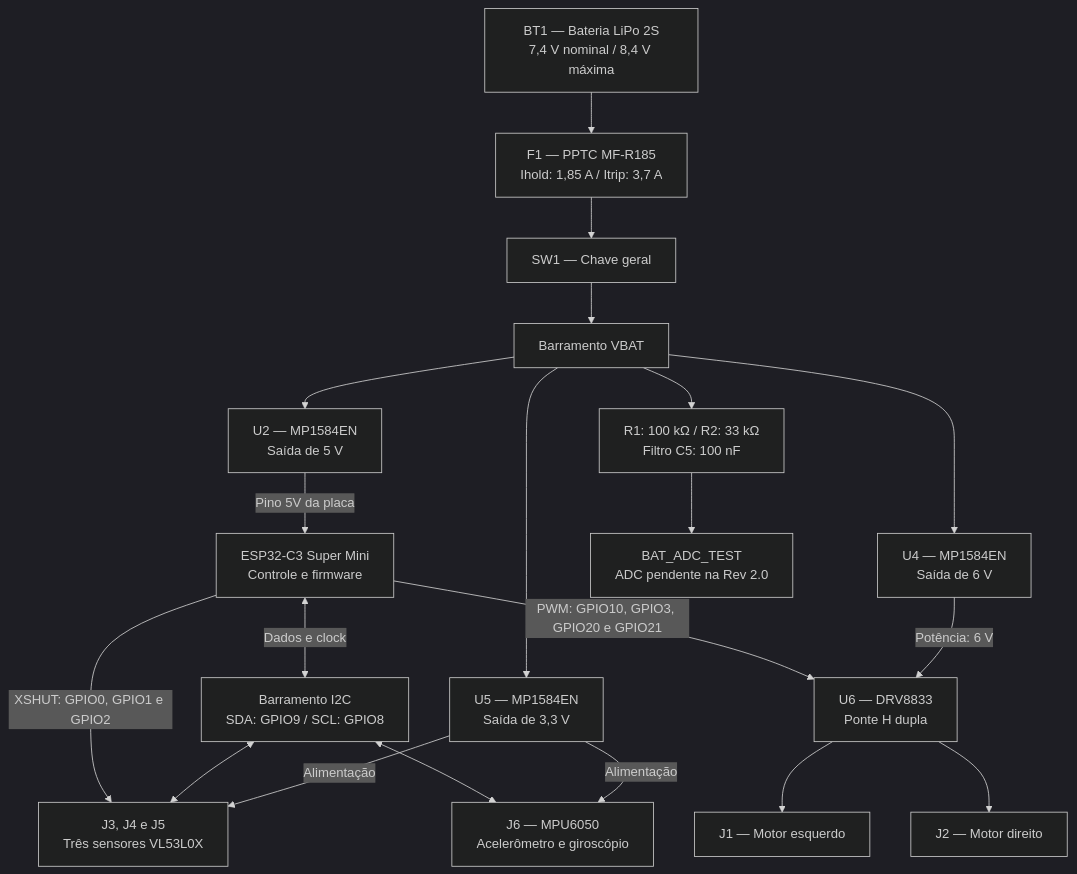
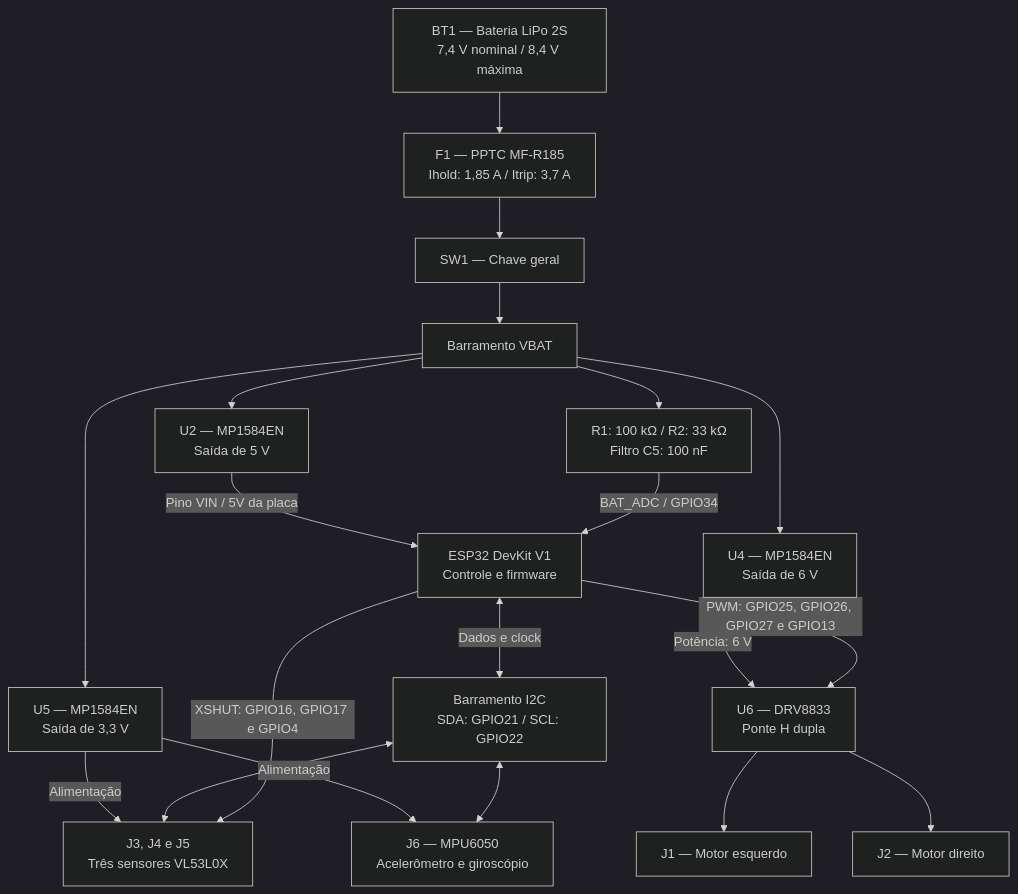
One commit to fcte-pi1/2026_2_PI1_Grupo01_Hilmer changed the diagram in docs/04-projeto-conceitual/hardware.md. Above: the diagram before and after it, drawn with Mermaid (dark theme). The commit also changed other lines of this file and 9 other files, not shown here.

````diff
--- a/docs/04-projeto-conceitual/hardware.md
+++ b/docs/04-projeto-conceitual/hardware.md
@@ -15,35 +15,35 @@
 ```mermaid
 flowchart TB
     BAT["BT1 — Bateria LiPo 2S<br/>7,4 V nominal / 8,4 V máxima"]
     F["F1 — PPTC MF-R185<br/>Ihold: 1,85 A / Itrip: 3,7 A"]
     SW["SW1 — Chave geral"]
     VBAT["Barramento VBAT"]
     B3["U5 — MP1584EN<br/>Saída de 3,3 V"]
     B5["U2 — MP1584EN<br/>Saída de 5 V"]
     B6["U4 — MP1584EN<br/>Saída de 6 V"]
-    MCU["ESP32-C3 Super Mini<br/>Controle e firmware"]
+    MCU["ESP32 DevKit V1<br/>Controle e firmware"]
     TOF["J3, J4 e J5<br/>Três sensores VL53L0X"]
     IMU["J6 — MPU6050<br/>Acelerômetro e giroscópio"]
-    I2C["Barramento I2C<br/>SDA: GPIO9 / SCL: GPIO8"]
+    I2C["Barramento I2C<br/>SDA: GPIO21 / SCL: GPIO22"]
     DRV["U6 — DRV8833<br/>Ponte H dupla"]
     ML["J1 — Motor esquerdo"]
     MR["J2 — Motor direito"]
     ADC["R1: 100 kΩ / R2: 33 kΩ<br/>Filtro C5: 100 nF"]
 
     BAT --> F --> SW --> VBAT
     VBAT --> B3
     VBAT --> B5
     VBAT --> B6
     B3 -->|Alimentação| TOF
     B3 -->|Alimentação| IMU
-    B5 -->|Pino 5V da placa| MCU
+    B5 -->|Pino VIN / 5V da placa| MCU
     B6 -->|Potência: 6 V| DRV
-    VBAT --> ADC --> TP["BAT_ADC_TEST<br/>ADC pendente na Rev 2.0"]
+    VBAT --> ADC -->|BAT_ADC / GPIO34| MCU
     MCU <-->|Dados e clock| I2C
     I2C <--> TOF
     I2C <--> IMU
-    MCU -->|XSHUT: GPIO0, GPIO1 e GPIO2| TOF
-    MCU -->|PWM: GPIO10, GPIO3, GPIO20 e GPIO21| DRV
+    MCU -->|XSHUT: GPIO16, GPIO17 e GPIO4| TOF
+    MCU -->|PWM: GPIO25, GPIO26, GPIO27 e GPIO13| DRV
     DRV --> ML
     DRV --> MR
 ```
````
